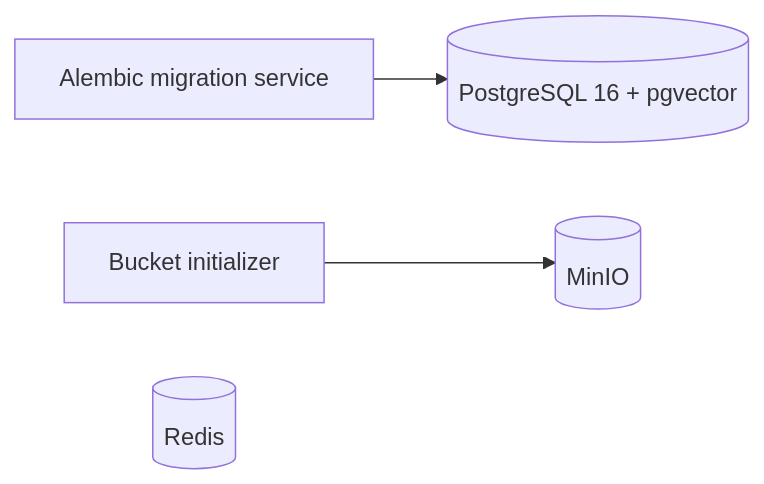
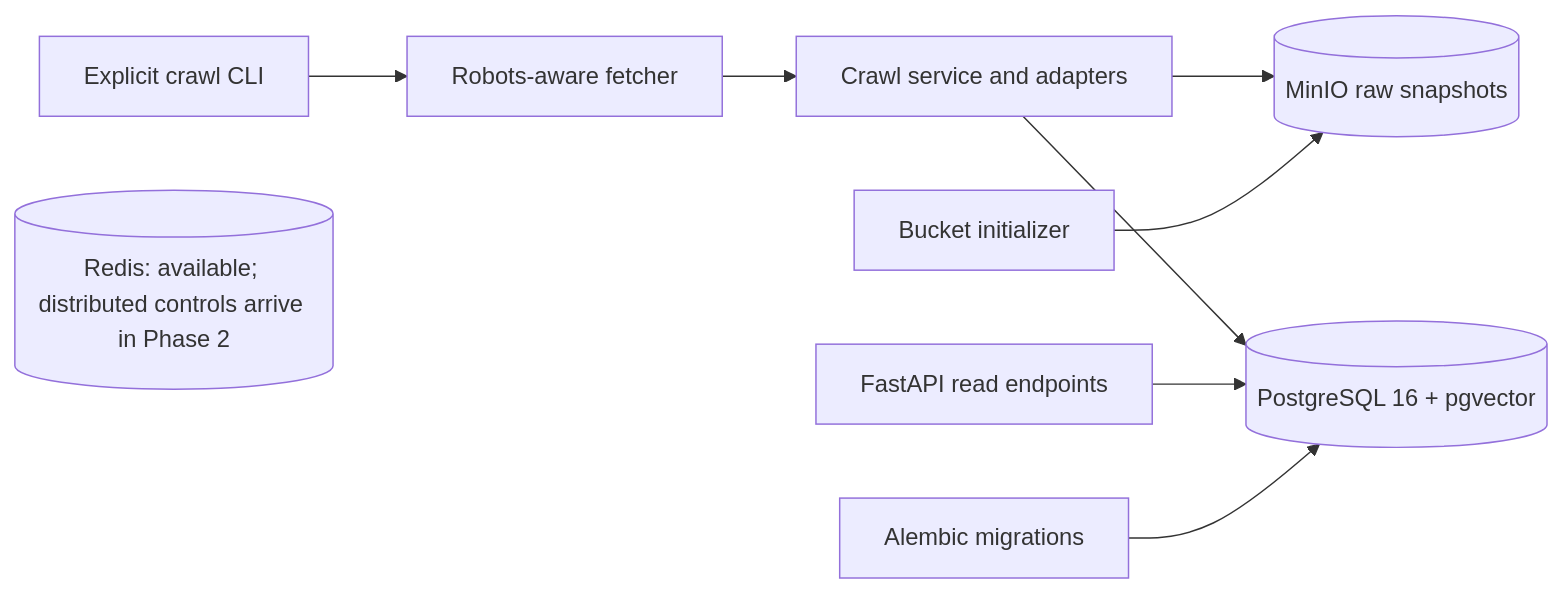
One commit to Adn2805/regwatch changed the diagram in ARCHITECTURE.md. Above: the diagram before and after it, drawn with Mermaid. The commit also changed other lines of this file and 2 other files, not shown here.

Commit message:
docs: reconcile completed Phase 1 state

````diff
--- a/ARCHITECTURE.md
+++ b/ARCHITECTURE.md
@@ -8,6 +10,11 @@
 ```mermaid
 flowchart LR
-  M[Alembic migration service] --> P[(PostgreSQL 16 + pgvector)]
-  B[Bucket initializer] --> S[(MinIO)]
-  R[(Redis)]
+  CLI[Explicit crawl CLI] --> F[Robots-aware fetcher]
+  F --> C[Crawl service and adapters]
+  C --> S[(MinIO raw snapshots)]
+  C --> P[(PostgreSQL 16 + pgvector)]
+  API[FastAPI read endpoints] --> P
+  M[Alembic migrations] --> P
+  B[Bucket initializer] --> S
+  R[(Redis: available; distributed controls arrive in Phase 2)]
 ```
````
